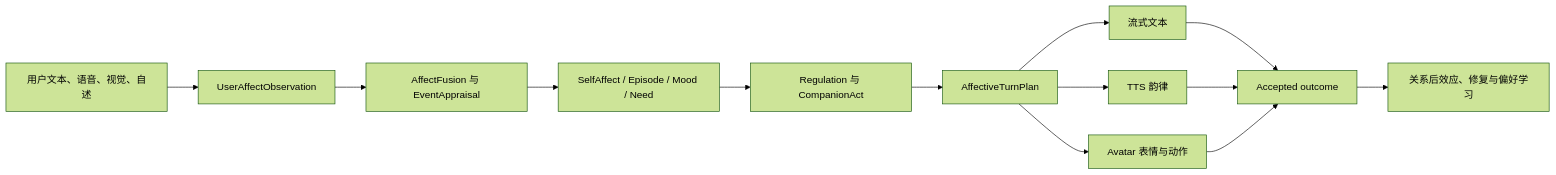
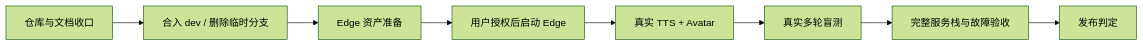
The diagram in docs/30_devspec/NEXT_GENERATION_EVOLUTION_EXECUTION.md (SakuraYoruno/Natsume_Ai), drawn with Mermaid (forest theme) before and after one commit. The commit also changed other lines of this file and 326 other files, not shown here.

````diff
--- a/docs/30_devspec/NEXT_GENERATION_EVOLUTION_EXECUTION.md
+++ b/docs/30_devspec/NEXT_GENERATION_EVOLUTION_EXECUTION.md
@@ -22,15 +25,10 @@
 ```mermaid
 flowchart LR
-    U["用户文本、语音、视觉、自述"] --> O["UserAffectObservation"]
-    O --> A["AffectFusion 与 EventAppraisal"]
-    A --> S["SelfAffect / Episode / Mood / Need"]
-    S --> R["Regulation 与 CompanionAct"]
-    R --> P["AffectiveTurnPlan"]
-    P --> X["流式文本"]
-    P --> V["TTS 韵律"]
-    P --> M["Avatar 表情与动作"]
-    X --> F["Accepted outcome"]
-    V --> F
-    M --> F
-    F --> L["关系后效应、修复与偏好学习"]
+    A["仓库与文档收口"] --> B["合入 dev / 删除临时分支"]
+    B --> C["Edge 资产准备"]
+    C --> D["用户授权后启动 Edge"]
+    D --> E["真实 TTS + Avatar"]
+    E --> F["真实多轮盲测"]
+    F --> G["完整服务栈与故障验收"]
+    G --> H["发布判定"]
 ```
````
